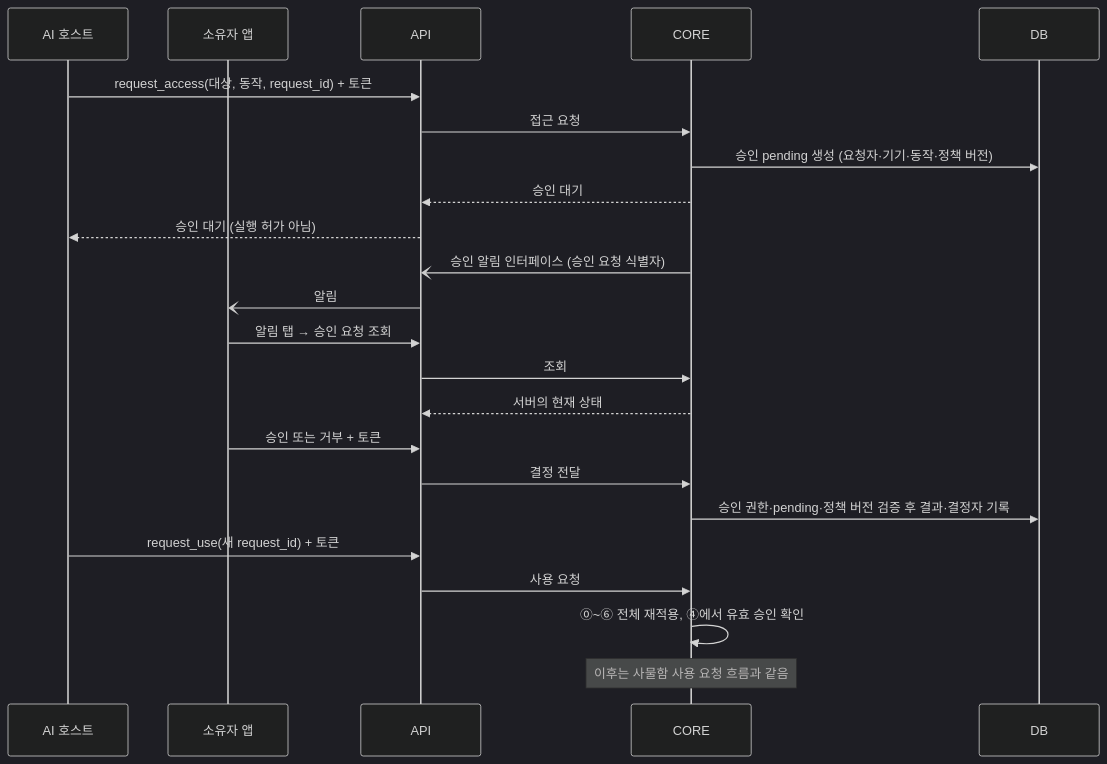
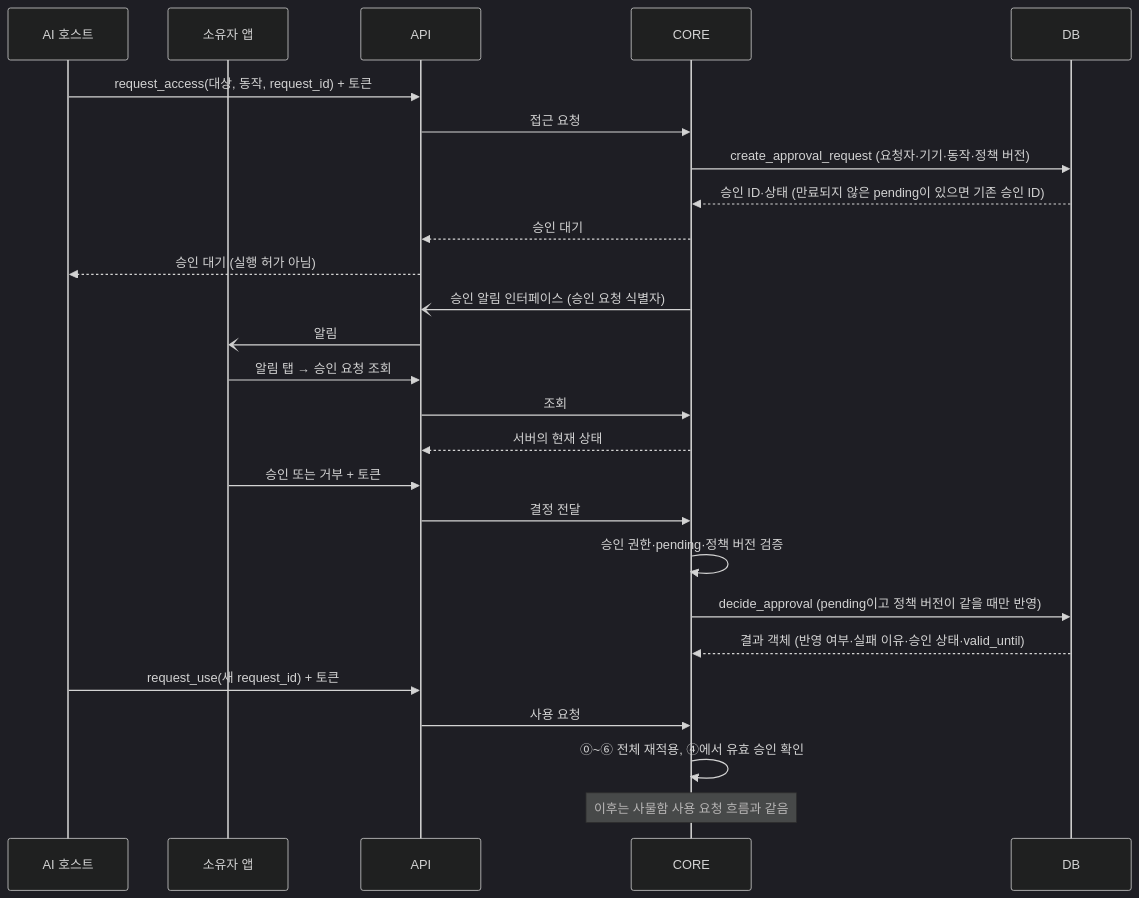
Before and after one commit to capstone-itda/nearpilot-server: the third of 3 diagrams in docs/architecture.md, drawn with Mermaid (dark theme). The commit also changed other lines of this file and 3 other files, not shown here.

````diff
--- a/docs/architecture.md
+++ b/docs/architecture.md
@@ -953,26 +1068,29 @@
 ```mermaid
 sequenceDiagram
     participant H as AI 호스트
     participant O as 소유자 앱
     participant A as API
     participant C as CORE
     participant D as DB
 
     H->>A: request_access(대상, 동작, request_id) + 토큰
     A->>C: 접근 요청
-    C->>D: 승인 pending 생성 (요청자·기기·동작·정책 버전)
+    C->>D: create_approval_request (요청자·기기·동작·정책 버전)
+    D-->>C: 승인 ID·상태 (만료되지 않은 pending이 있으면 기존 승인 ID)
     C-->>A: 승인 대기
     A-->>H: 승인 대기 (실행 허가 아님)
     C-)A: 승인 알림 인터페이스 (승인 요청 식별자)
     A-)O: 알림
     O->>A: 알림 탭 → 승인 요청 조회
     A->>C: 조회
     C-->>A: 서버의 현재 상태
     O->>A: 승인 또는 거부 + 토큰
     A->>C: 결정 전달
-    C->>D: 승인 권한·pending·정책 버전 검증 후 결과·결정자 기록
+    C->>C: 승인 권한·pending·정책 버전 검증
+    C->>D: decide_approval (pending이고 정책 버전이 같을 때만 반영)
+    D-->>C: 결과 객체 (반영 여부·실패 이유·승인 상태·valid_until)
     H->>A: request_use(새 request_id) + 토큰
     A->>C: 사용 요청
     C->>C: ⓪~⑥ 전체 재적용, ④에서 유효 승인 확인
     Note over C: 이후는 사물함 사용 요청 흐름과 같음
 ```
````
